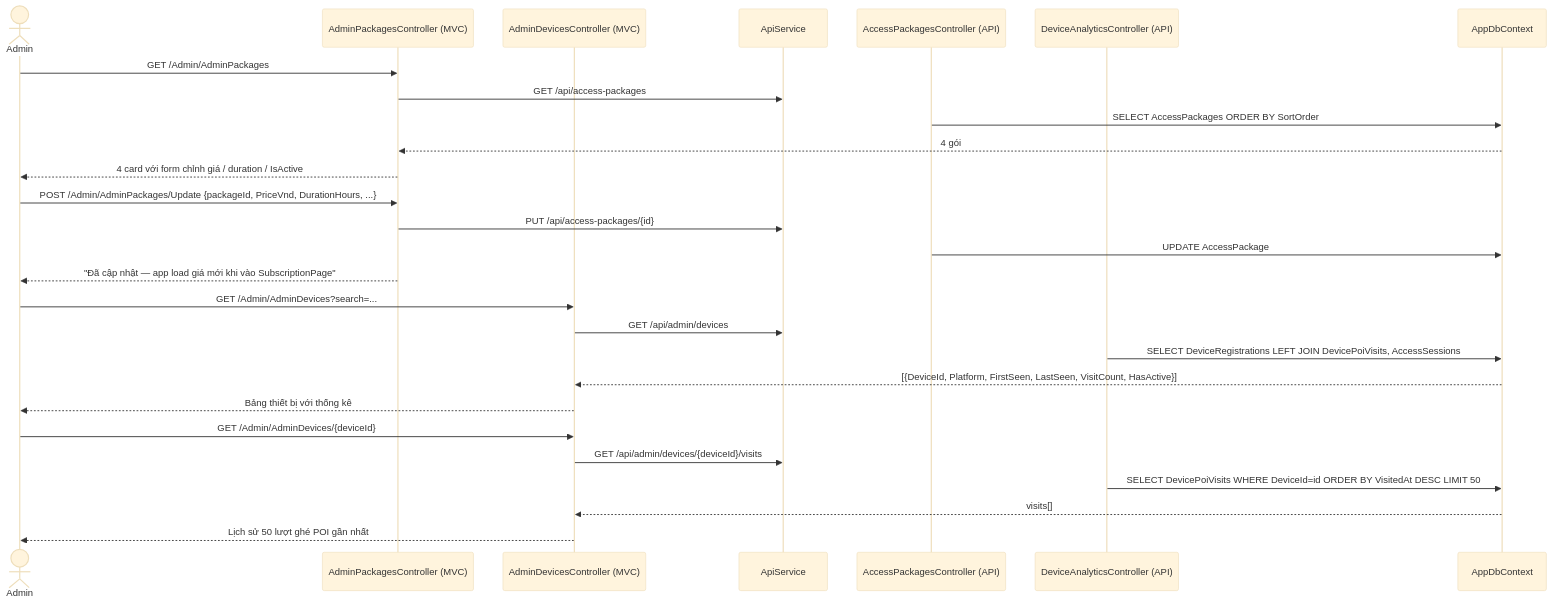
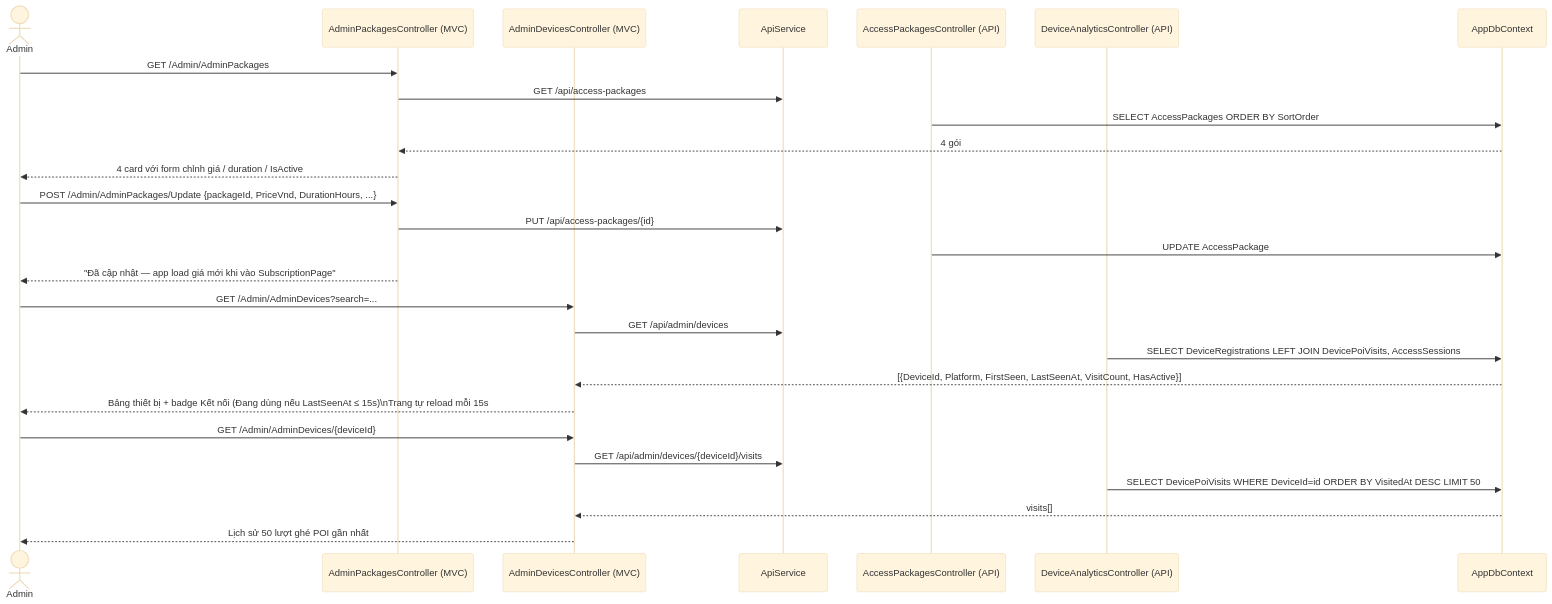
Before and after one commit to MTai55/TourguideProjectApp: diagram 16 of 22 in PRD.md, drawn with Mermaid (base theme). The commit also changed other lines of this file and 6 other files, not shown here.

````diff
--- a/PRD.md
+++ b/PRD.md
@@ -1792,33 +1816,33 @@
 ```mermaid
 sequenceDiagram
     actor Admin
     participant PkgMVC as AdminPackagesController (MVC)
     participant DevMVC as AdminDevicesController (MVC)
     participant API as ApiService
     participant PkgAPI as AccessPackagesController (API)
     participant DevAPI as DeviceAnalyticsController (API)
     participant DB as AppDbContext
 
     Admin->>PkgMVC: GET /Admin/AdminPackages
     PkgMVC->>API: GET /api/access-packages
     PkgAPI->>DB: SELECT AccessPackages ORDER BY SortOrder
     DB-->>PkgMVC: 4 gói
     PkgMVC-->>Admin: 4 card với form chỉnh giá / duration / IsActive
 
     Admin->>PkgMVC: POST /Admin/AdminPackages/Update {packageId, PriceVnd, DurationHours, ...}
     PkgMVC->>API: PUT /api/access-packages/{id}
     PkgAPI->>DB: UPDATE AccessPackage
     PkgMVC-->>Admin: "Đã cập nhật — app load giá mới khi vào SubscriptionPage"
 
     Admin->>DevMVC: GET /Admin/AdminDevices?search=...
     DevMVC->>API: GET /api/admin/devices
     DevAPI->>DB: SELECT DeviceRegistrations LEFT JOIN DevicePoiVisits, AccessSessions
-    DB-->>DevMVC: [{DeviceId, Platform, FirstSeen, LastSeen, VisitCount, HasActive}]
-    DevMVC-->>Admin: Bảng thiết bị với thống kê
+    DB-->>DevMVC: [{DeviceId, Platform, FirstSeen, LastSeenAt, VisitCount, HasActive}]
+    DevMVC-->>Admin: Bảng thiết bị + badge Kết nối (Đang dùng nếu LastSeenAt ≤ 15s)\nTrang tự reload mỗi 15s
 
     Admin->>DevMVC: GET /Admin/AdminDevices/{deviceId}
     DevMVC->>API: GET /api/admin/devices/{deviceId}/visits
     DevAPI->>DB: SELECT DevicePoiVisits WHERE DeviceId=id ORDER BY VisitedAt DESC LIMIT 50
     DB-->>DevMVC: visits[]
     DevMVC-->>Admin: Lịch sử 50 lượt ghé POI gần nhất
 ```
````
